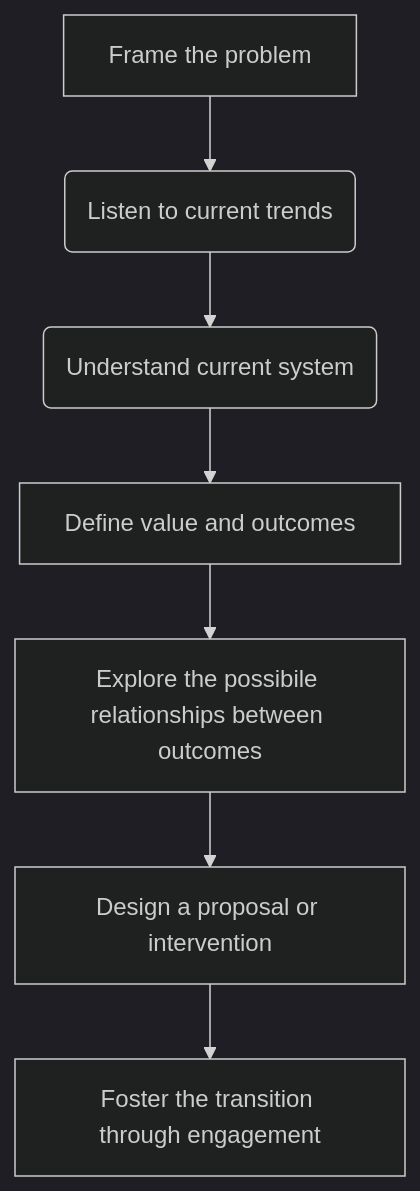
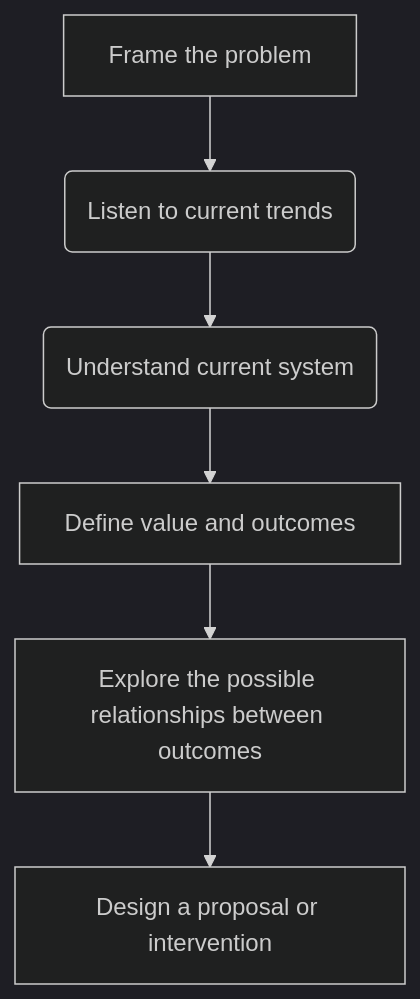
Before and after one commit to losnko/reimagined-giggle: the diagram in content/posts/System Map/index.md, drawn with Mermaid (dark theme). The commit also changed other lines of this file and 71 other files, not shown here.

```diff
--- a/content/posts/System Map/index.md
+++ b/content/posts/System Map/index.md
@@ -49,9 +44,8 @@
 {{< mermaid  >}}
 graph TD;
     A[Frame the problem] --> B(Listen to current trends)
     B --> C(Understand current system)
     C --> D[Define value and outcomes]
-    D --> E[Explore the possibile relationships between outcomes] 
+    D --> E[Explore the possible relationships between outcomes] 
     E --> F[Design a proposal or intervention]
-    F --> G[Foster the transition through engagement]
 {{< /mermaid >}}
```
